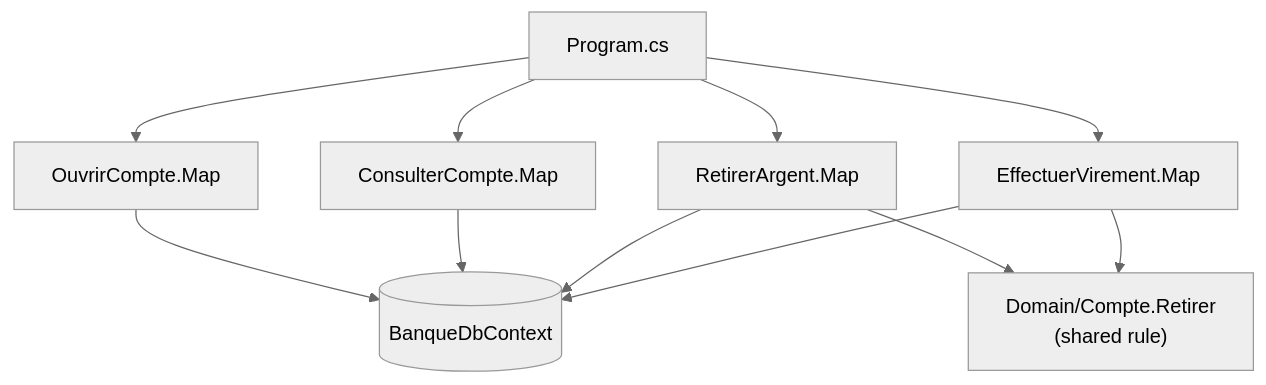
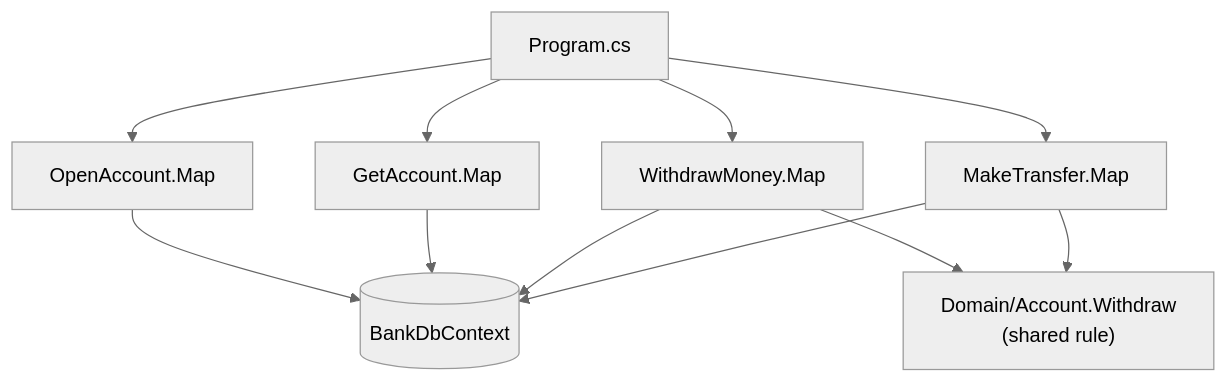
The second of 2 diagrams in Docs/en/05-vertical-slice.md (drangoht/ArchitecturesDemo), drawn with Mermaid (neutral theme) before and after one commit. The commit also changed other lines of this file and 78 other files, not shown here.

First line of the commit message:
Docs EN : identifiants, liens, diagrammes et sorties alignés sur le code anglais

````diff
--- a/Docs/en/05-vertical-slice.md
+++ b/Docs/en/05-vertical-slice.md
@@ -64,13 +64,13 @@
 ```mermaid
 flowchart TB
-    P["Program.cs"] --> O["OuvrirCompte.Map"]
-    P --> C["ConsulterCompte.Map"]
-    P --> R["RetirerArgent.Map"]
-    P --> V["EffectuerVirement.Map"]
-    O --> DB[("BanqueDbContext")]
+    P["Program.cs"] --> O["OpenAccount.Map"]
+    P --> C["GetAccount.Map"]
+    P --> R["WithdrawMoney.Map"]
+    P --> V["MakeTransfer.Map"]
+    O --> DB[("BankDbContext")]
     C --> DB
-    R --> D["Domain/Compte.Retirer<br/>(shared rule)"]
+    R --> D["Domain/Account.Withdraw<br/>(shared rule)"]
     V --> D
     R --> DB
     V --> DB
 ```
````
